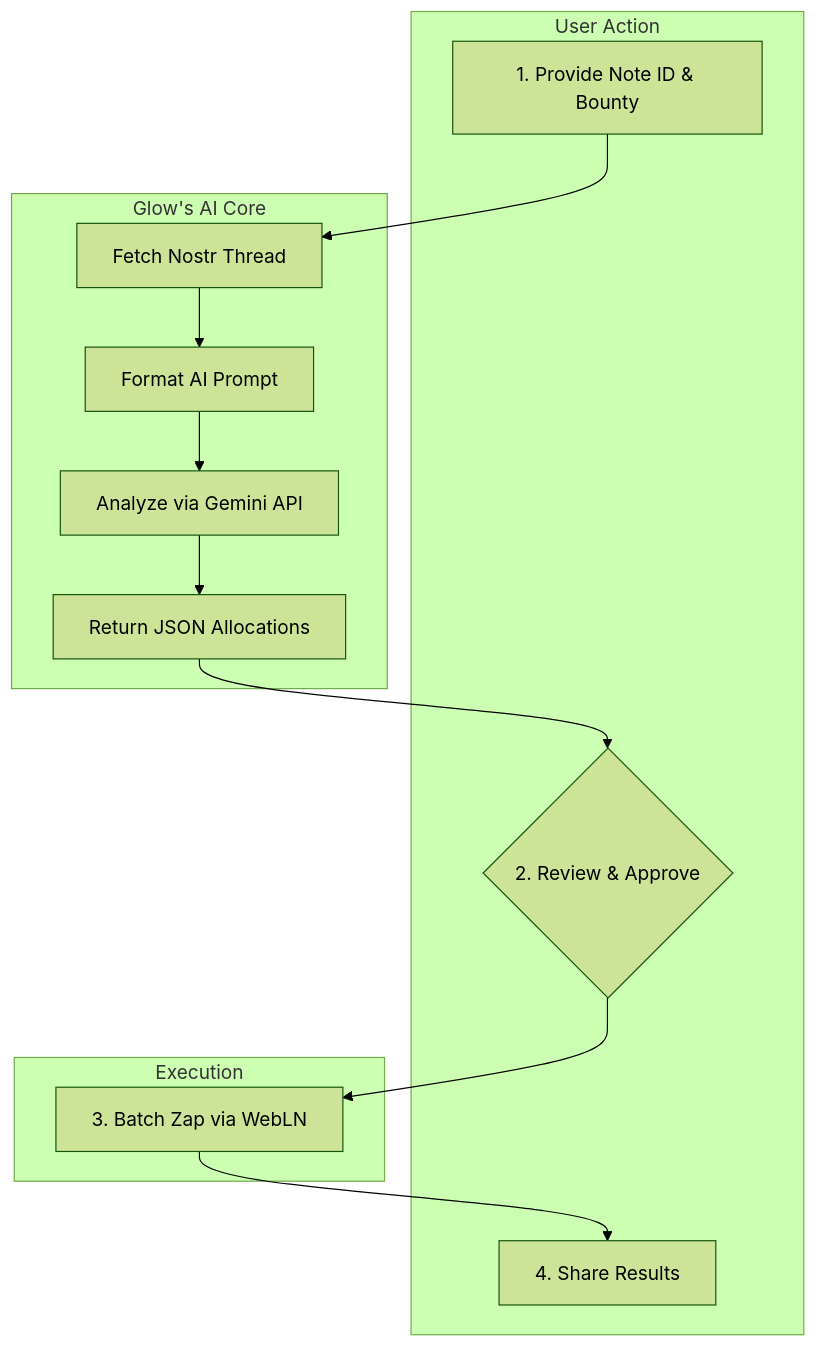
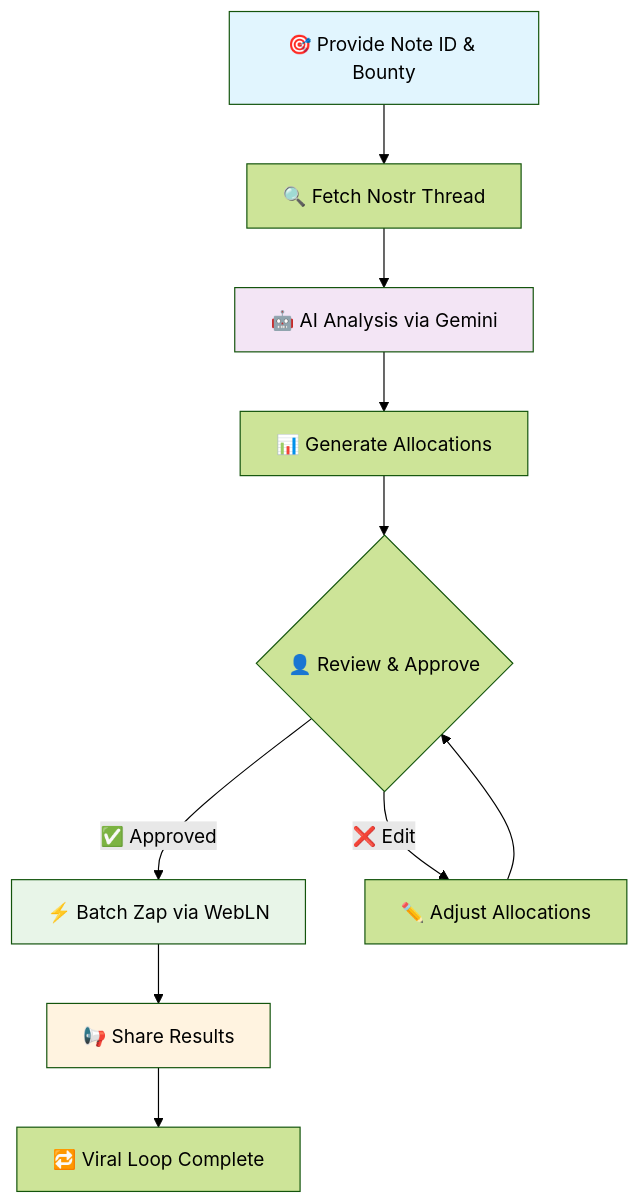
The diagram in README.md (OkeyAmy/Glow_Sats-Allocator), drawn with Mermaid (forest theme) before and after one commit. The commit also changed other lines of this file, not shown here.

````diff
--- a/README.md
+++ b/README.md
@@ -47,21 +48,17 @@
 ```mermaid
-graph TD;
-    subgraph "User Action"
-        A[1. Provide Note ID & Bounty];
-        H{2. Review & Approve};
-        J[4. Share Results];
-    end
-    subgraph "Glow's AI Core"
-        C[Fetch Nostr Thread];
-        D[Format AI Prompt];
-        E[Analyze via Gemini API];
-        F[Return JSON Allocations];
-    end
-    subgraph "Execution"
-        I[3. Batch Zap via WebLN];
-    end
-
-    A --> C --> D --> E --> F --> H;
-    H --> I;
-    I --> J;
+flowchart TD
+    A[🎯 Provide Note ID & Bounty] --> B[🔍 Fetch Nostr Thread]
+    B --> C[🤖 AI Analysis via Gemini]
+    C --> D[📊 Generate Allocations]
+    D --> E{👤 Review & Approve}
+    E -->|✅ Approved| F[⚡ Batch Zap via WebLN]
+    E -->|❌ Edit| G[✏️ Adjust Allocations]
+    G --> E
+    F --> H[📢 Share Results]
+    H --> I[🔁 Viral Loop Complete]
+    
+    style A fill:#e1f5fe
+    style C fill:#f3e5f5
+    style F fill:#e8f5e8
+    style H fill:#fff3e0
 ```
````
